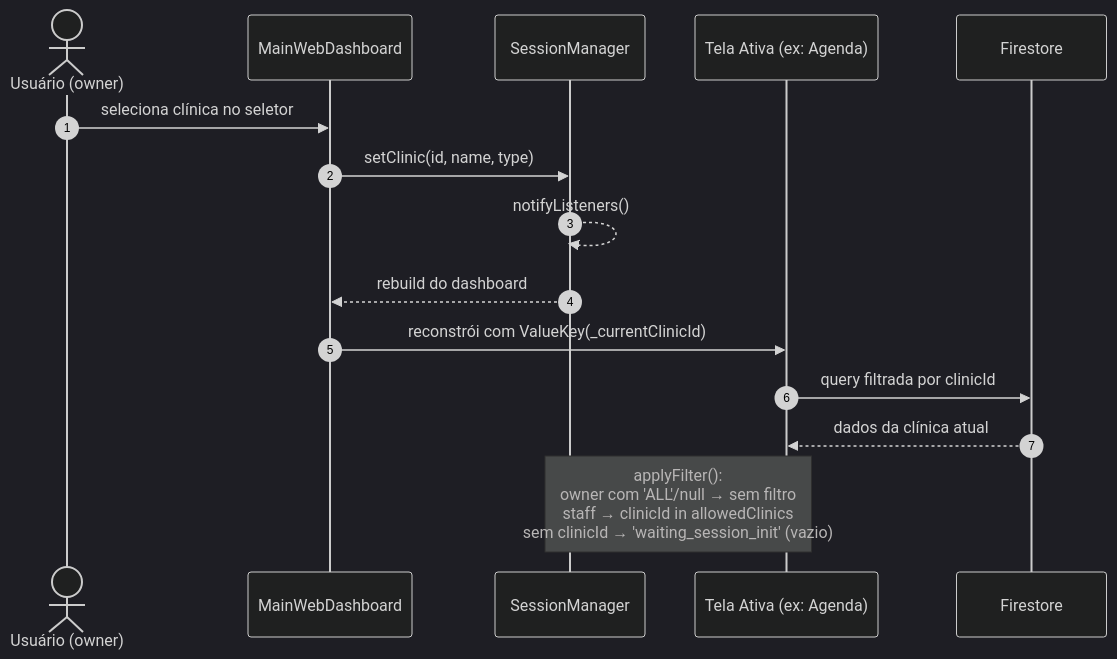
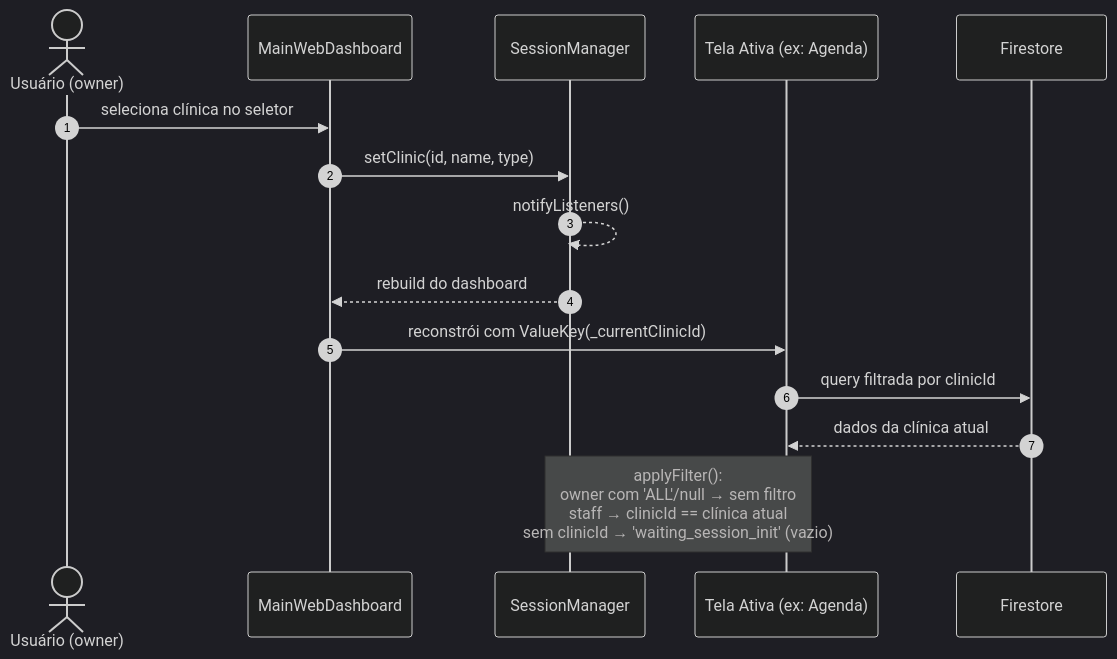
One commit to gabrielabrahaodev/NexoSaude changed the second of 13 diagrams in DIAGRAMAS_DE_SEQUENCIA.md. Above: the diagram before and after it, drawn with Mermaid (dark theme). The commit also changed other lines of this file and 26 other files, not shown here.

````diff
--- a/DIAGRAMAS_DE_SEQUENCIA.md
+++ b/DIAGRAMAS_DE_SEQUENCIA.md
@@ -51,19 +51,19 @@
 ```mermaid
 sequenceDiagram
     autonumber
     actor U as Usuário (owner)
     participant D as MainWebDashboard
     participant S as SessionManager
     participant T as Tela Ativa (ex: Agenda)
     participant F as Firestore
 
     U->>D: seleciona clínica no seletor
     D->>S: setClinic(id, name, type)
     S-->>S: notifyListeners()
     S-->>D: rebuild do dashboard
     D->>T: reconstrói com ValueKey(_currentClinicId)
     T->>F: query filtrada por clinicId
     F-->>T: dados da clínica atual
 
-    Note over S,T: applyFilter():<br/>owner com 'ALL'/null → sem filtro<br/>staff → clinicId in allowedClinics<br/>sem clinicId → 'waiting_session_init' (vazio)
+    Note over S,T: applyFilter():<br/>owner com 'ALL'/null → sem filtro<br/>staff → clinicId == clínica atual<br/>sem clinicId → 'waiting_session_init' (vazio)
 ```
````
